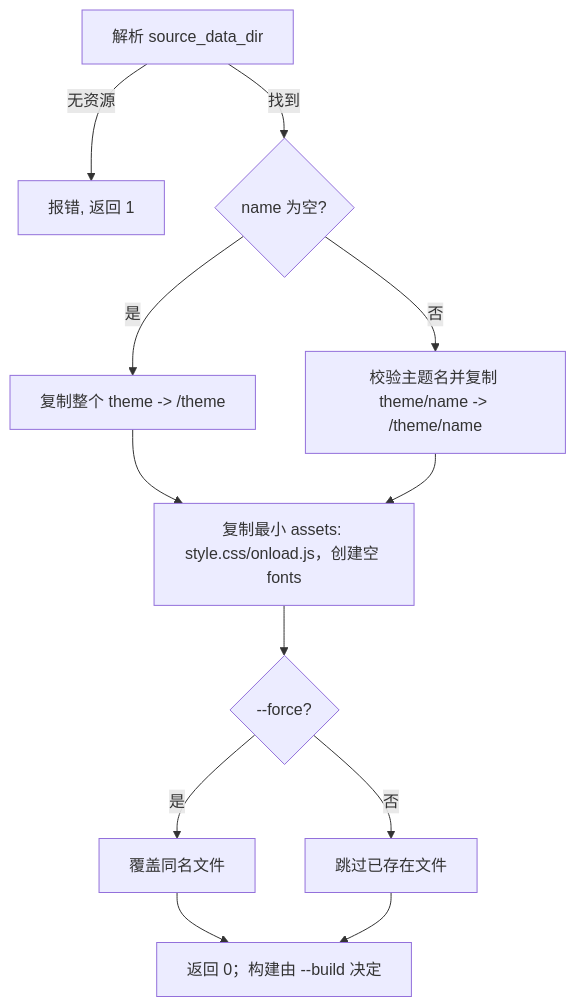
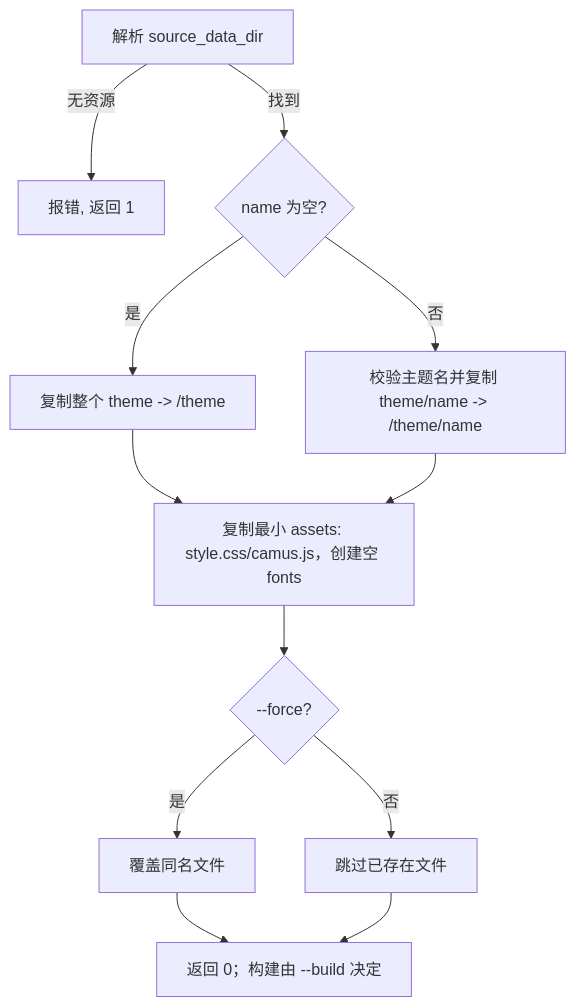
The third of 3 diagrams in docs/prd/08-template-install.md (the-writer/camus), drawn with Mermaid before and after one commit. The commit also changed other lines of this file and 32 other files, not shown here.

Commit message:
refactor: rename onload.js to camus.js

````diff
--- a/docs/prd/08-template-install.md
+++ b/docs/prd/08-template-install.md
@@ -110,14 +110,14 @@
 ```mermaid
 flowchart TD
     A[解析 source_data_dir] -->|无资源| X[报错, 返回 1]
     A -->|找到| T{name 为空?}
     T -->|是| C[复制整个 theme -> <workdir>/theme]
     T -->|否| O[校验主题名并复制 theme/name -> <workdir>/theme/name]
-    C --> AS[复制最小 assets: style.css/onload.js，创建空 fonts]
+    C --> AS[复制最小 assets: style.css/camus.js，创建空 fonts]
     O --> AS
     AS --> S{--force?}
     S -->|是| W[覆盖同名文件]
     S -->|否| K[跳过已存在文件]
     W --> OK[返回 0；构建由 --build 决定]
     K --> OK
 ```
````
